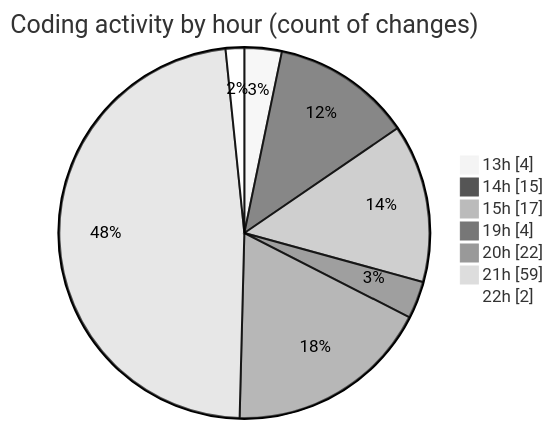
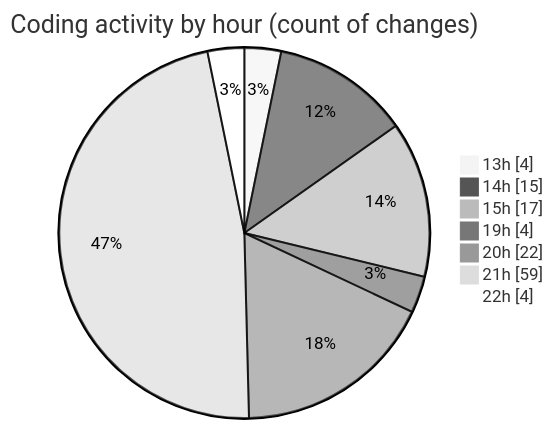
The second of 2 diagrams in 2025-01-21/projects/README.md (Ritupan-Deka/code-tracking), drawn with Mermaid (neutral theme) before and after one commit. The commit also changed other lines of this file and 1 other file, not shown here.

````diff
--- a/2025-01-21/projects/README.md
+++ b/2025-01-21/projects/README.md
@@ -42,11 +42,11 @@
 ```mermaid
 pie showData
 title Coding activity by hour (count of changes)
 "13h" : 4
 "14h" : 15
 "15h" : 17
 "19h" : 4
 "20h" : 22
 "21h" : 59
-"22h" : 2
+"22h" : 4
 ```
````
